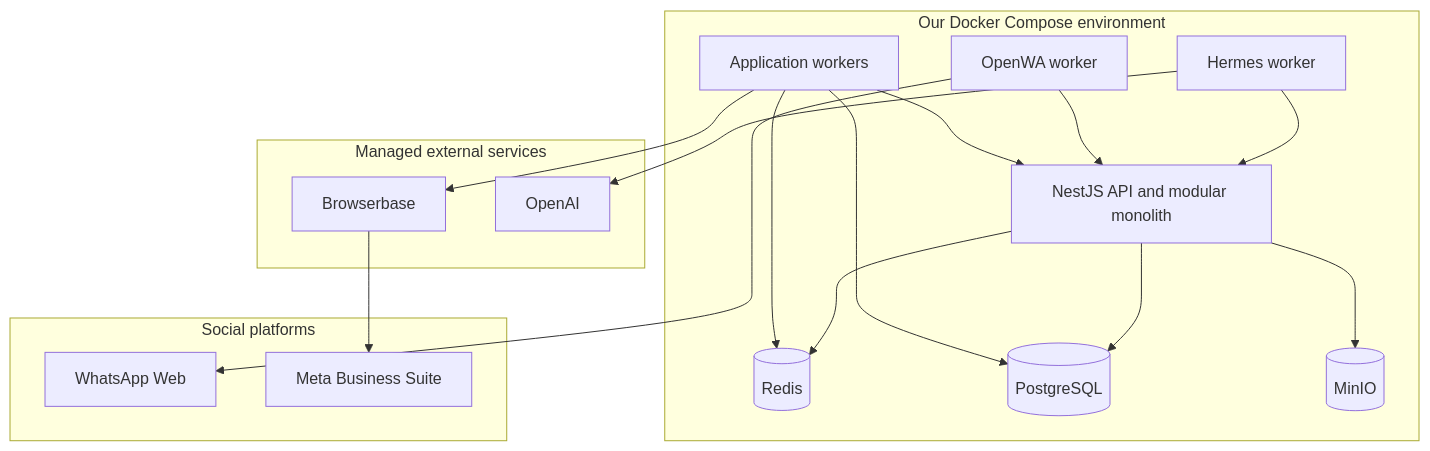
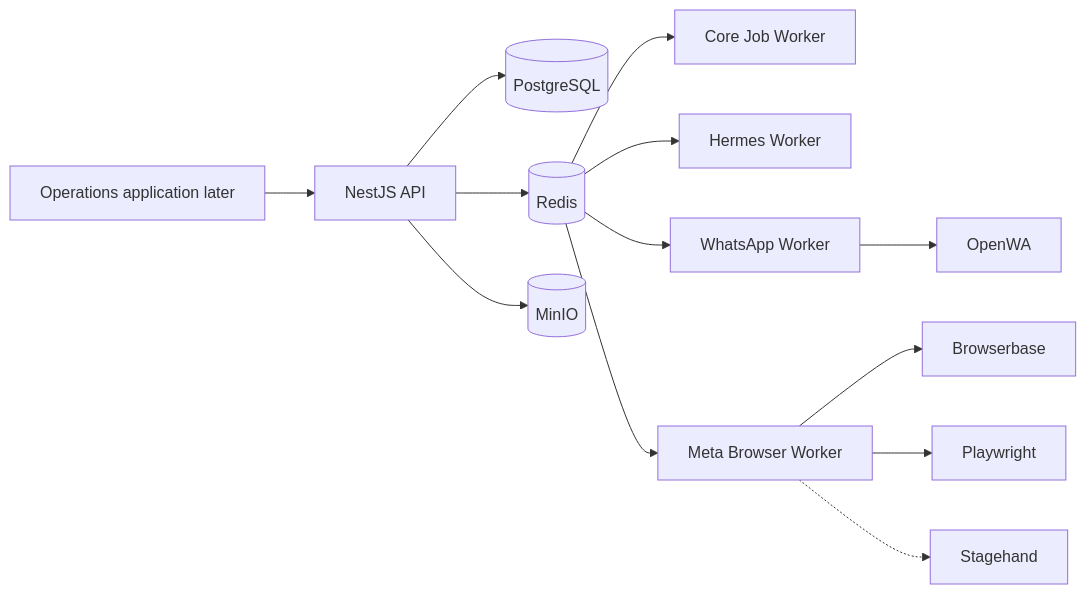
The seventh of 7 diagrams in README.md (Metwally-Sayed/ai-sales-automation-architecture), drawn with Mermaid before and after one commit. The commit also changed other lines of this file, not shown here.

Commit message:
docs: replace complex diagram with clear architecture views

````diff
--- a/README.md
+++ b/README.md
@@ -637,38 +491,18 @@
 ```mermaid
-flowchart TB
-    subgraph APP["Our Docker Compose environment"]
-        API["NestJS API and modular monolith"]
-        JOBS["Application workers"]
-        HERMES["Hermes worker"]
-        OPENWA["OpenWA worker"]
-        REDIS[("Redis")]
-        POSTGRES[("PostgreSQL")]
-        MINIO[("MinIO")]
-    end
+flowchart LR
+    WEB["Operations application later"] --> API["NestJS API"]
 
-    subgraph MANAGED["Managed external services"]
-        BB["Browserbase"]
-        OAI["OpenAI"]
-    end
+    API --> POSTGRES[("PostgreSQL")]
+    API --> REDIS[("Redis")]
+    API --> STORAGE[("MinIO")]
 
-    subgraph SOCIAL["Social platforms"]
-        WHATSAPP["WhatsApp Web"]
-        META["Meta Business Suite"]
-    end
+    REDIS --> CORE_WORKER["Core Job Worker"]
+    REDIS --> HERMES_WORKER["Hermes Worker"]
+    REDIS --> WA_WORKER["WhatsApp Worker"]
+    REDIS --> META_WORKER["Meta Browser Worker"]
 
-    API --> POSTGRES
-    API --> REDIS
-    JOBS --> REDIS
-    JOBS --> POSTGRES
-    API --> MINIO
-
-    HERMES --> API
-    HERMES --> OAI
-
-    OPENWA --> WHATSAPP
-    OPENWA --> API
-
-    JOBS --> BB
-    BB --> META
-    JOBS --> API
+    WA_WORKER --> OPENWA["OpenWA"]
+    META_WORKER --> BROWSERBASE["Browserbase"]
+    META_WORKER --> PLAYWRIGHT["Playwright"]
+    META_WORKER -.-> STAGEHAND["Stagehand"]
 ```
````
